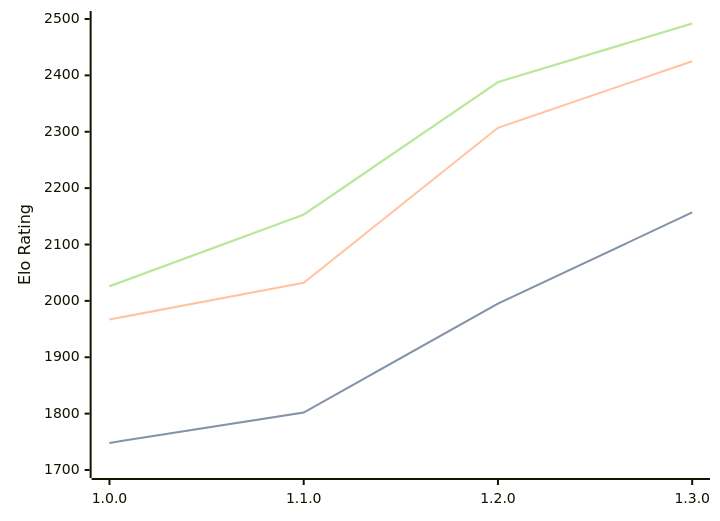
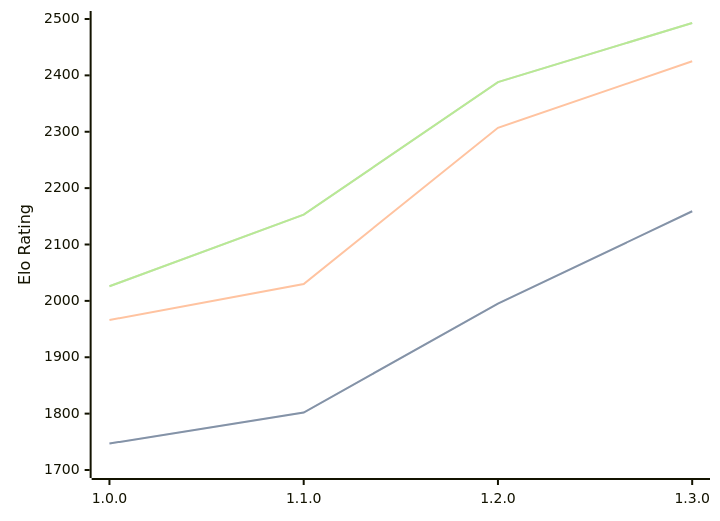
One commit to computer-chess-index/cci changed the diagram in engines/Anodos.md. Above: the diagram before and after it, drawn with Mermaid. The commit also changed other lines of this file, not shown here.

Commit message:
Update CCI Ratings (ELO VLTC) - 2026-09-03

````diff
--- a/engines/Anodos.md
+++ b/engines/Anodos.md
@@ -34,11 +34,11 @@
 ```mermaid
 %%{init: {"theme":"base","themeVariables":{"seriesColors:['#a3a3a3','#222221','#faa371']}}}%%
 xychart-beta
   x-axis ["1.0.0", "1.1.0", "1.2.0", "1.3.0"]
   y-axis "Elo Rating" 1700 --> 2500
-  line "" [1748, 1802, 1995, 2157]
-  line "STC (8.0+0.08s)" [1748, 1802, 1995, 2157]
-  line "LTC (60.0+0.60s)" [1967, 2032, 2307, 2425]
-  line "" [2026, 2153, 2388, 2492]
-  line "VLTC (2m24s+1.12s)" [2026, 2153, 2388, 2492]
+  line "" [1747, 1802, 1995, 2159]
+  line "STC (8.0+0.08s)" [1747, 1802, 1995, 2159]
+  line "LTC (60.0+0.60s)" [1966, 2030, 2307, 2425]
+  line "" [2026, 2153, 2388, 2493]
+  line "VLTC (2m24s+1.12s)" [2026, 2153, 2388, 2493]
 ```
````
